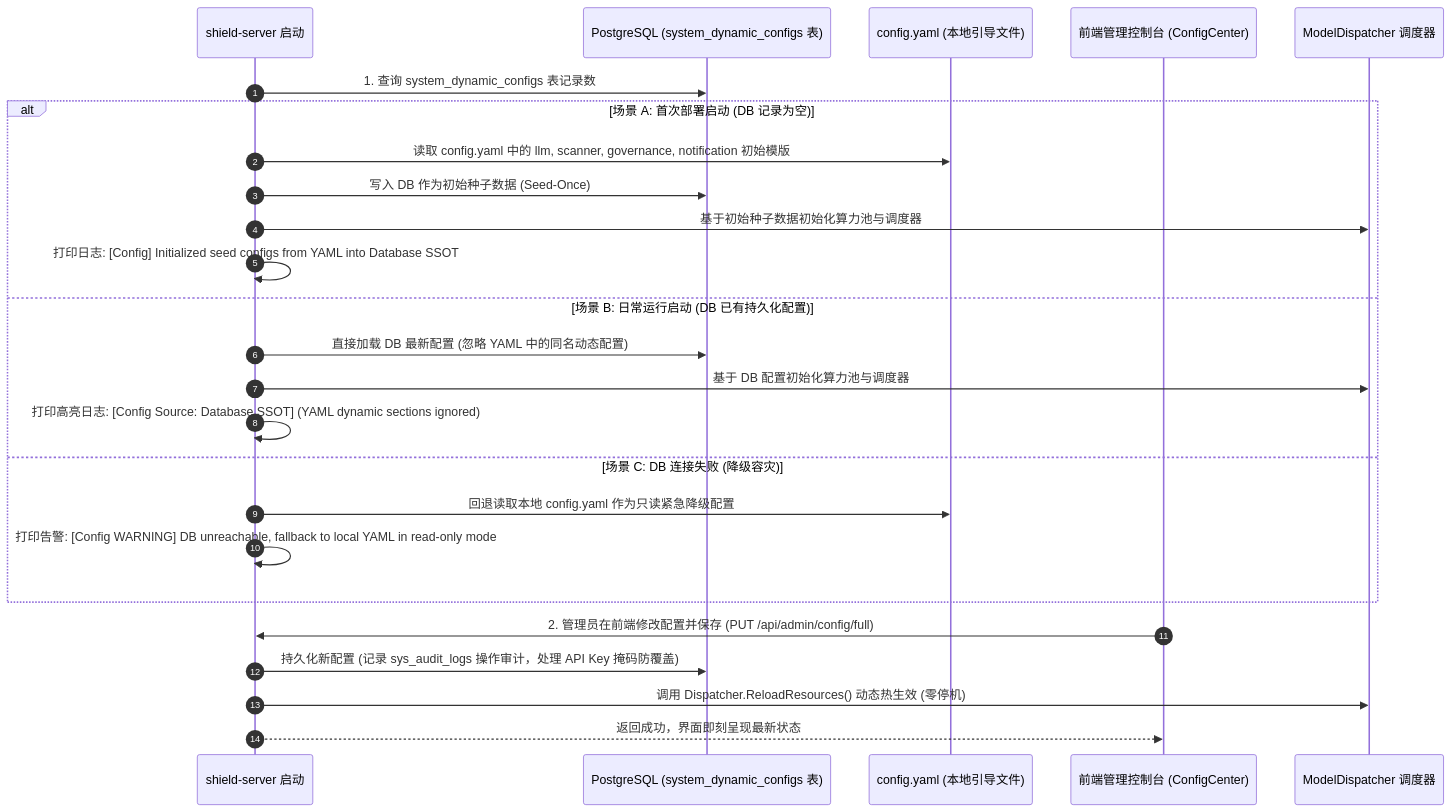
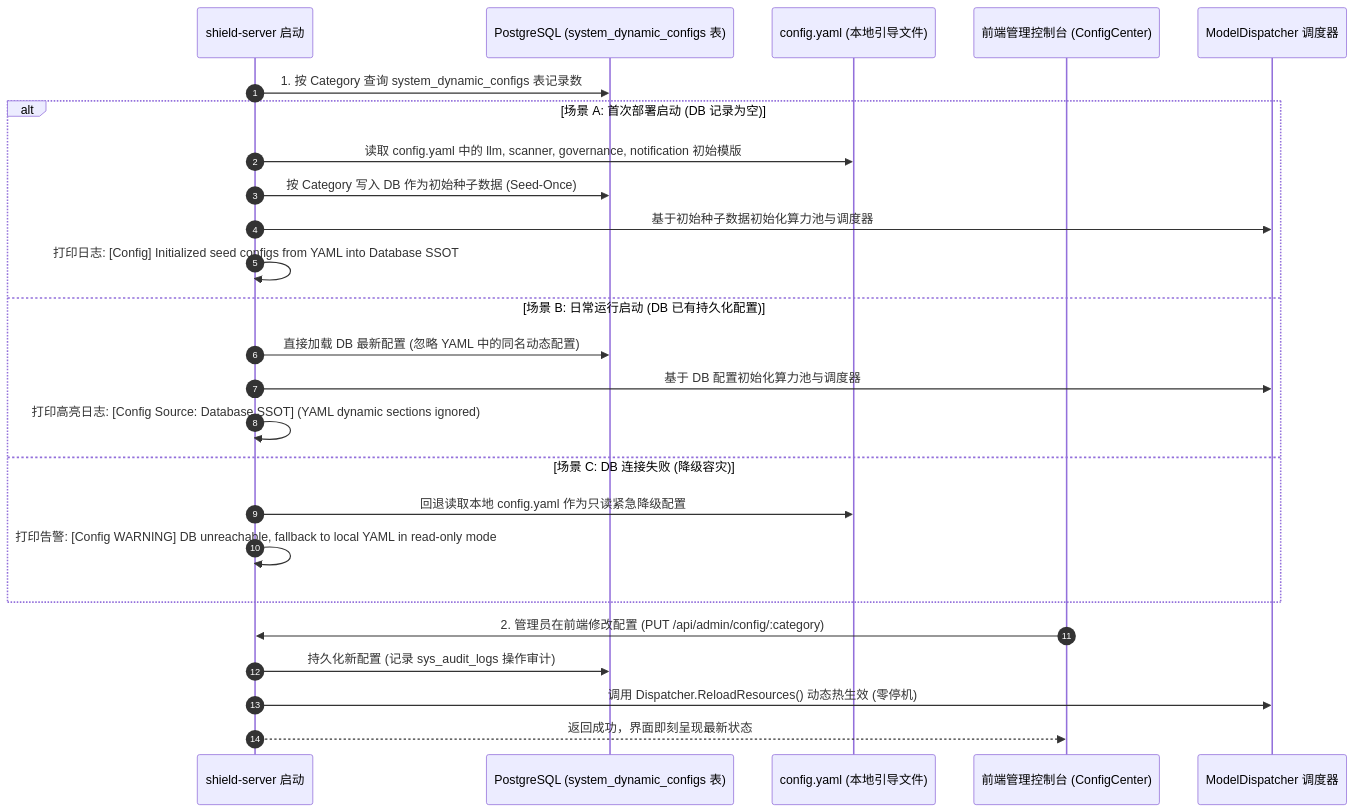
Before and after one commit to fugui/code-shield: the second of 4 diagrams in docs/native-llm-architecture/02-CodeShield-AI执行引擎与企业治理配置架构优化设计.md, drawn with Mermaid. The commit also changed other lines of this file, not shown here.

````diff
--- a/docs/native-llm-architecture/02-CodeShield-AI执行引擎与企业治理配置架构优化设计.md
+++ b/docs/native-llm-architecture/02-CodeShield-AI执行引擎与企业治理配置架构优化设计.md
@@ -74,29 +74,29 @@
 ```mermaid
 sequenceDiagram
     autonumber
     participant Server as shield-server 启动
     participant DB as PostgreSQL (system_dynamic_configs 表)
     participant YAML as config.yaml (本地引导文件)
     participant AdminUI as 前端管理控制台 (ConfigCenter)
     participant Dispatcher as ModelDispatcher 调度器
 
-    Server->>DB: 1. 查询 system_dynamic_configs 表记录数
+    Server->>DB: 1. 按 Category 查询 system_dynamic_configs 表记录数
     alt 场景 A: 首次部署启动 (DB 记录为空)
         Server->>YAML: 读取 config.yaml 中的 llm, scanner, governance, notification 初始模版
-        Server->>DB: 写入 DB 作为初始种子数据 (Seed-Once)
+        Server->>DB: 按 Category 写入 DB 作为初始种子数据 (Seed-Once)
         Server->>Dispatcher: 基于初始种子数据初始化算力池与调度器
         Server->>Server: 打印日志: [Config] Initialized seed configs from YAML into Database SSOT
     else 场景 B: 日常运行启动 (DB 已有持久化配置)
         Server->>DB: 直接加载 DB 最新配置 (忽略 YAML 中的同名动态配置)
         Server->>Dispatcher: 基于 DB 配置初始化算力池与调度器
         Server->>Server: 打印高亮日志: [Config Source: Database SSOT] (YAML dynamic sections ignored)
     else 场景 C: DB 连接失败 (降级容灾)
         Server->>YAML: 回退读取本地 config.yaml 作为只读紧急降级配置
         Server->>Server: 打印告警: [Config WARNING] DB unreachable, fallback to local YAML in read-only mode
     end
 
-    AdminUI->>Server: 2. 管理员在前端修改配置并保存 (PUT /api/admin/config/full)
-    Server->>DB: 持久化新配置 (记录 sys_audit_logs 操作审计，处理 API Key 掩码防覆盖)
+    AdminUI->>Server: 2. 管理员在前端修改配置 (PUT /api/admin/config/:category)
+    Server->>DB: 持久化新配置 (记录 sys_audit_logs 操作审计)
     Server->>Dispatcher: 调用 Dispatcher.ReloadResources() 动态热生效 (零停机)
     Server-->>AdminUI: 返回成功，界面即刻呈现最新状态
 ```
````
